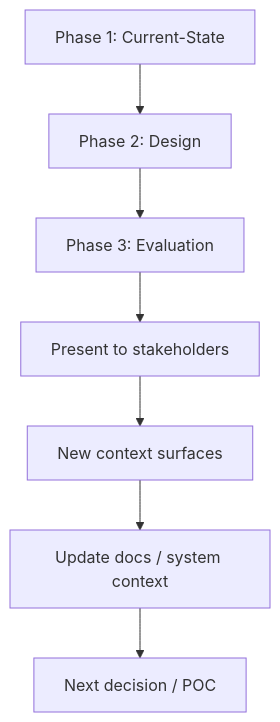
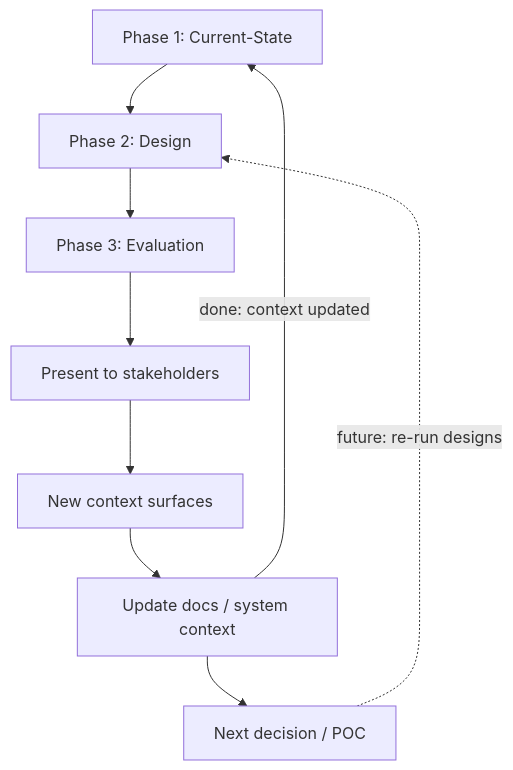
Before and after one commit to sosotravelier/tc-transition-to-12go: the ninth of 9 diagrams in presentation/2026-03-09-ai-driven-design/ai-methodology.md, drawn with Mermaid. The commit also changed other lines of this file and 21 other files, not shown here.

````diff
--- a/presentation/2026-03-09-ai-driven-design/ai-methodology.md
+++ b/presentation/2026-03-09-ai-driven-design/ai-methodology.md
@@ -369,8 +374,10 @@
 ```mermaid
 flowchart TD
     P1["Phase 1: Current-State"] --> P2["Phase 2: Design"] --> P3["Phase 3: Evaluation"]
     P3 --> PRES["Present to stakeholders"]
     PRES --> NEW["New context surfaces"]
     NEW --> UPD["Update docs / system context"]
     UPD --> NEXT["Next decision / POC"]
+    UPD -->|"done: context updated"| P1
+    NEXT -.->|"future: re-run designs"| P2
 ```
````
